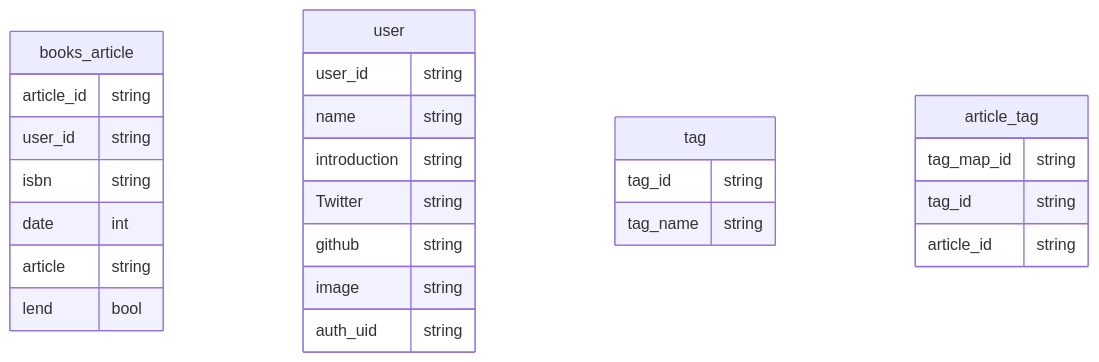
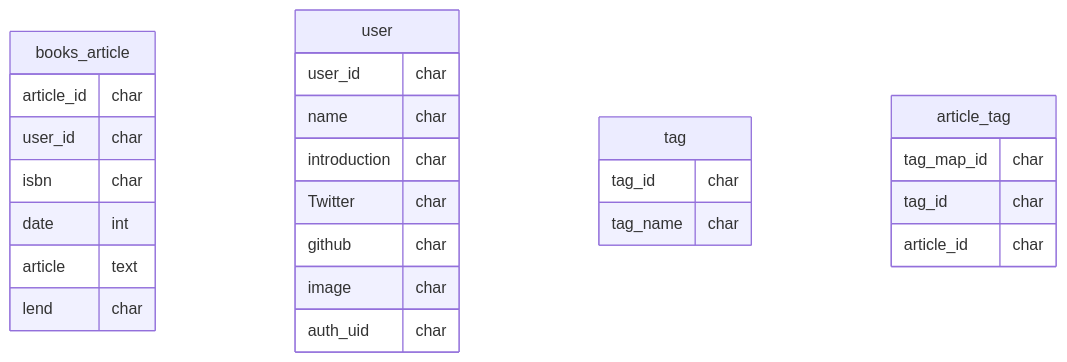
The diagram in README.md (hackz-hackathon-giganoto/team-l), drawn with Mermaid before and after one commit. The commit also changed other lines of this file, not shown here.

````diff
--- a/README.md
+++ b/README.md
@@ -19,34 +18,34 @@
 ```mermaid
 erDiagram
 
 books_article{
-  article_id string
-  user_id string
-  isbn string
+  article_id char
+  user_id char
+  isbn char
   date int
-  article string
-  lend bool
+  article text
+  lend char
 }
 
 user{
-  user_id string
-  name string
-  introduction string
-  Twitter string
-  github string
-  image string
-  auth_uid string
+  user_id char
+  name char
+  introduction char
+  Twitter char
+  github char
+  image char
+  auth_uid char
 }
 
 tag{
-  tag_id string
-  tag_name string
+  tag_id char
+  tag_name char
 }
 
 article_tag{
-  tag_map_id string
-  tag_id string
-  article_id string
+  tag_map_id char
+  tag_id char
+  article_id char
 }
 
 ```
````
